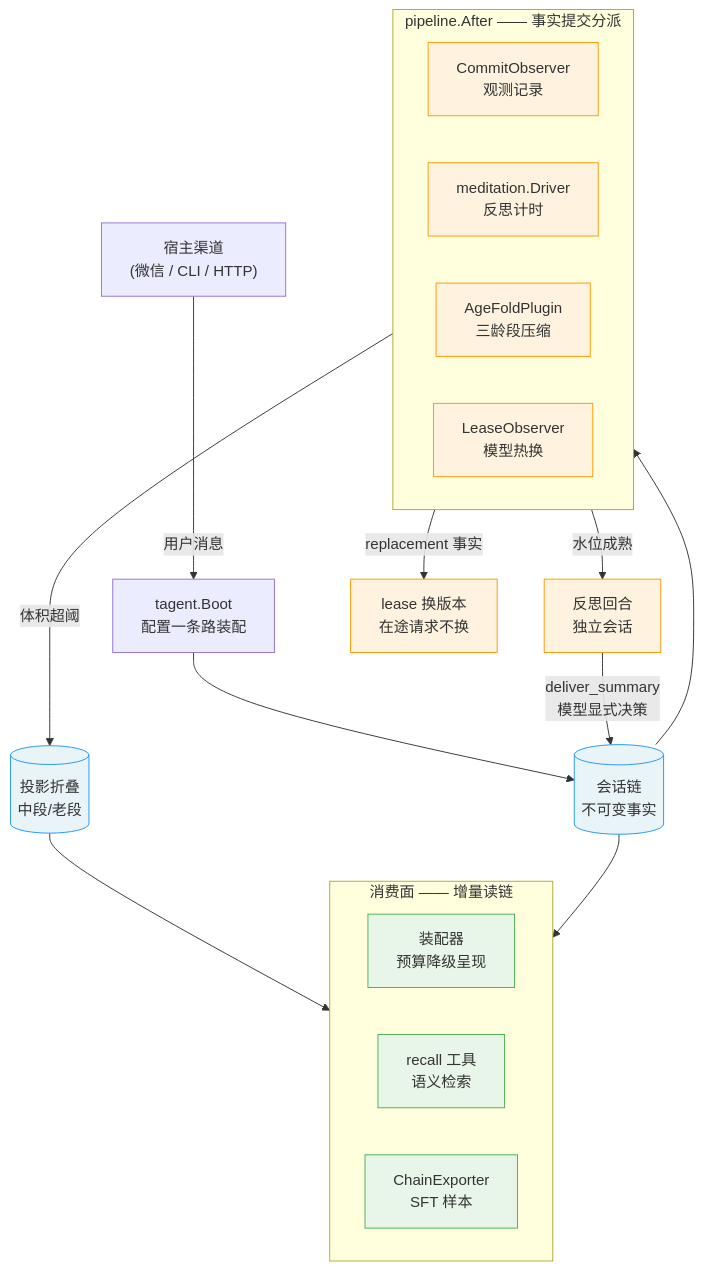
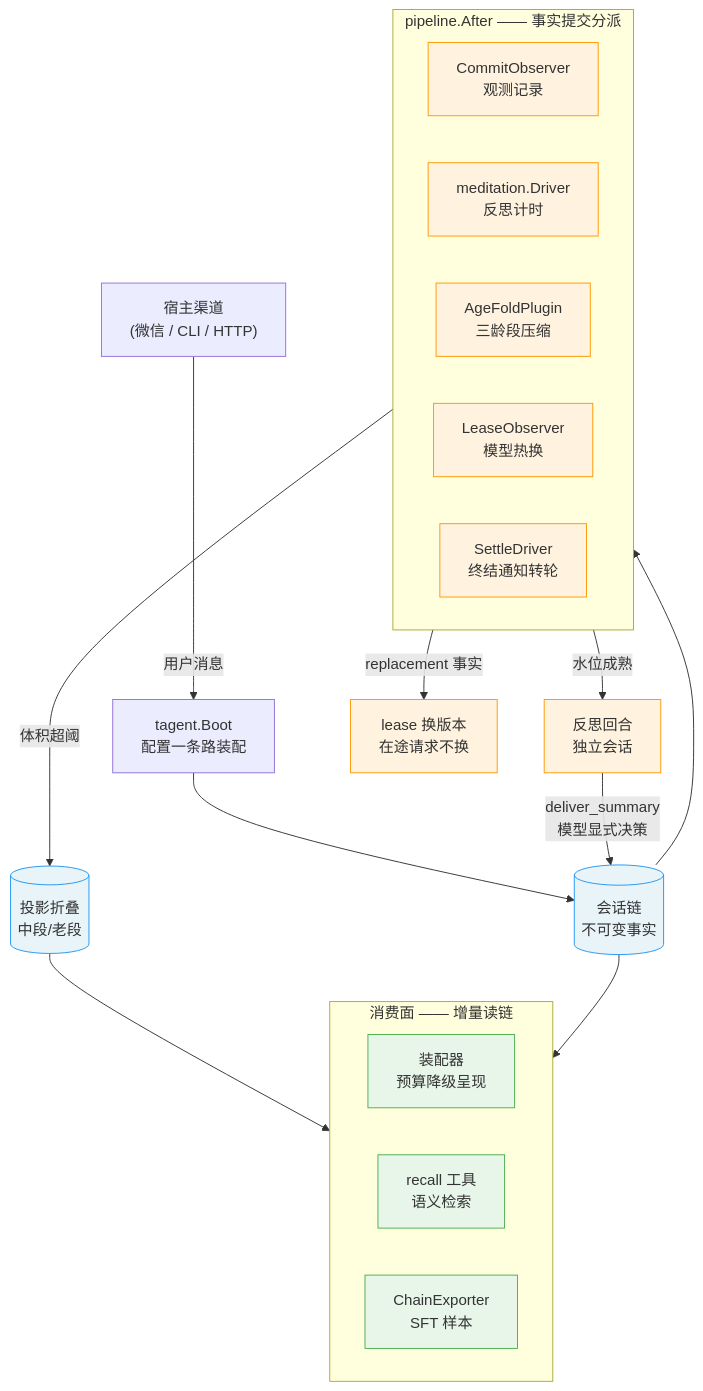
Before and after one commit to SpellingDragon/tagent: the first of 2 diagrams in README.md, drawn with Mermaid. The commit also changed other lines of this file and 56 other files, not shown here.

````diff
--- a/README.md
+++ b/README.md
@@ -19,35 +19,36 @@
 ```mermaid
 flowchart TB
     UI["宿主渠道<br/>(微信 / CLI / HTTP)"] -->|"用户消息"| BOOT["tagent.Boot<br/>配置一条路装配"]
     BOOT --> CHAIN[("会话链<br/>不可变事实")]
 
     subgraph PIPE["pipeline.After —— 事实提交分派"]
         direction LR
         OBS["CommitObserver<br/>观测记录"]
         MED["meditation.Driver<br/>反思计时"]
         FOLD["AgeFoldPlugin<br/>三龄段压缩"]
         LEASE["LeaseObserver<br/>模型热换"]
+        SETTLE["SettleDriver<br/>终结通知转轮"]
     end
 
     CHAIN --> PIPE
     MED -->|"水位成熟"| REFLECT["反思回合<br/>独立会话"]
     REFLECT -->|"deliver_summary<br/>模型显式决策"| CHAIN
     LEASE -->|"replacement 事实"| SWAP["lease 换版本<br/>在途请求不换"]
     FOLD -->|"体积超阈"| PROJ[("投影折叠<br/>中段/老段")]
 
     subgraph READ["消费面 —— 增量读链"]
         direction LR
         ASM["装配器<br/>预算降级呈现"]
         RCL["recall 工具<br/>语义检索"]
         EXP["ChainExporter<br/>SFT 样本"]
     end
     CHAIN --> READ
     PROJ --> ASM
 
     classDef fact fill:#e8f4f8,stroke:#2196f3
     classDef plugin fill:#fff3e0,stroke:#ff9800
     classDef consumer fill:#e8f5e9,stroke:#4caf50
     class CHAIN,PROJ fact
-    class OBS,MED,FOLD,LEASE,REFLECT,SWAP plugin
+    class OBS,MED,FOLD,LEASE,SETTLE,REFLECT,SWAP plugin
     class ASM,RCL,EXP consumer
 ```
````
